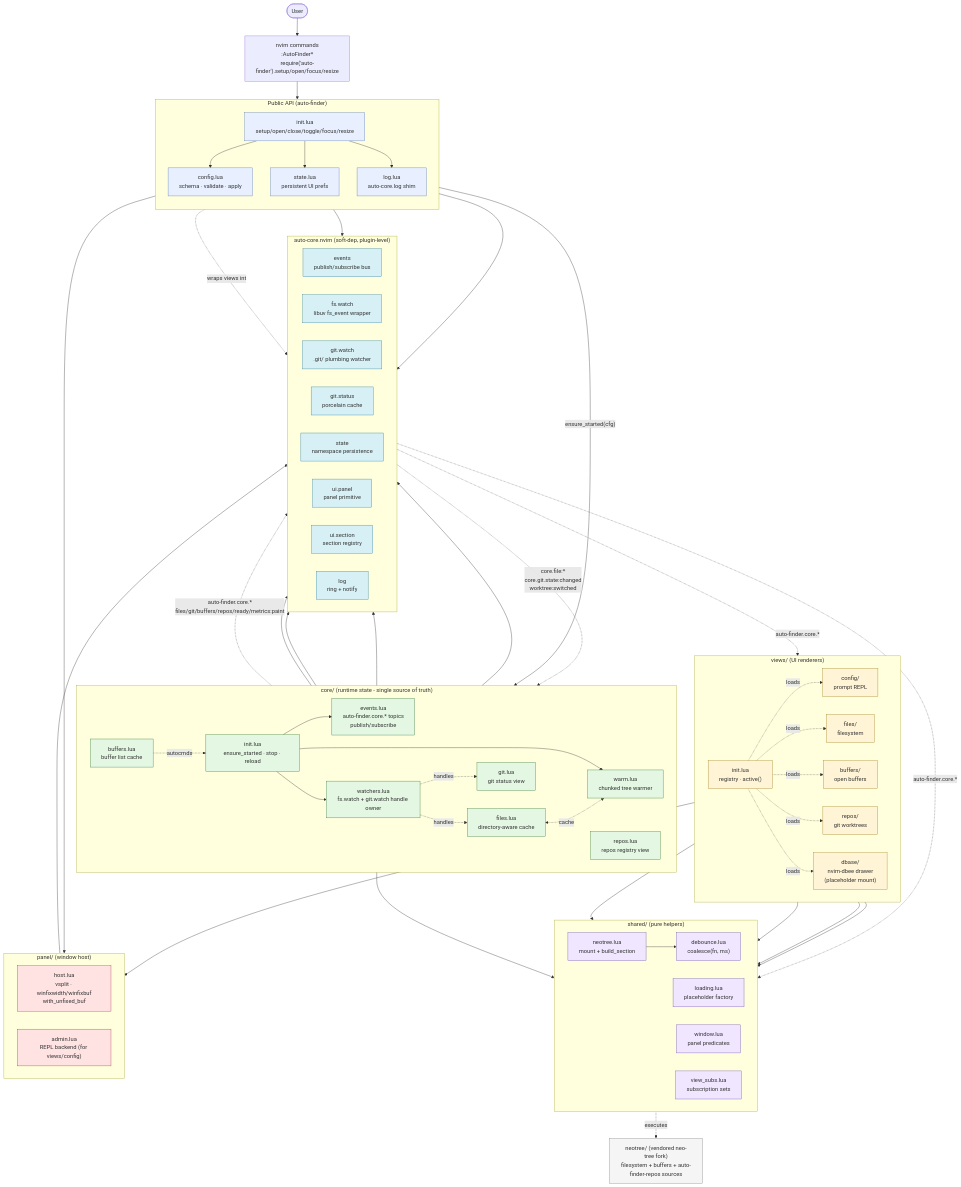
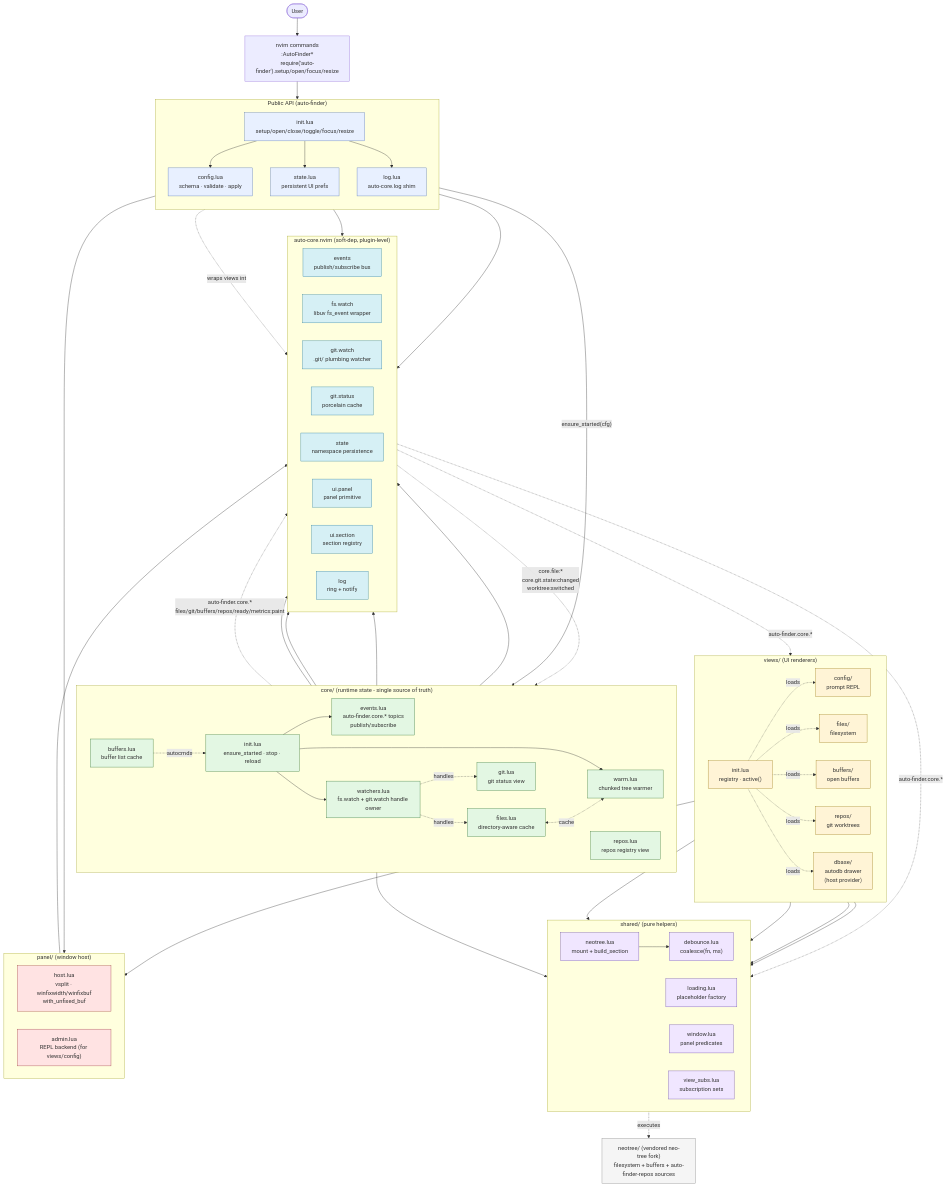
The first of 2 diagrams in ARCHITECTURE.md (yongjohnlee80/auto-finder.nvim), drawn with Mermaid before and after one commit. The commit also changed other lines of this file and 5 other files, not shown here.

First line of the commit message:
docs: remove the last stale nvim-dbee claims (ADR-0078 s3.7)

```diff
--- a/ARCHITECTURE.md
+++ b/ARCHITECTURE.md
@@ -139,7 +139,7 @@
         VFILES["files/<br/>filesystem"]
         VBUF["buffers/<br/>open buffers"]
         VREPOS["repos/<br/>git worktrees"]
-        VDBASE["dbase/<br/>nvim-dbee drawer<br/>(placeholder mount)"]
+        VDBASE["dbase/<br/>autodb drawer<br/>(host provider)"]
 
         VREG -.loads.-> VCONFIG
         VREG -.loads.-> VFILES
```
